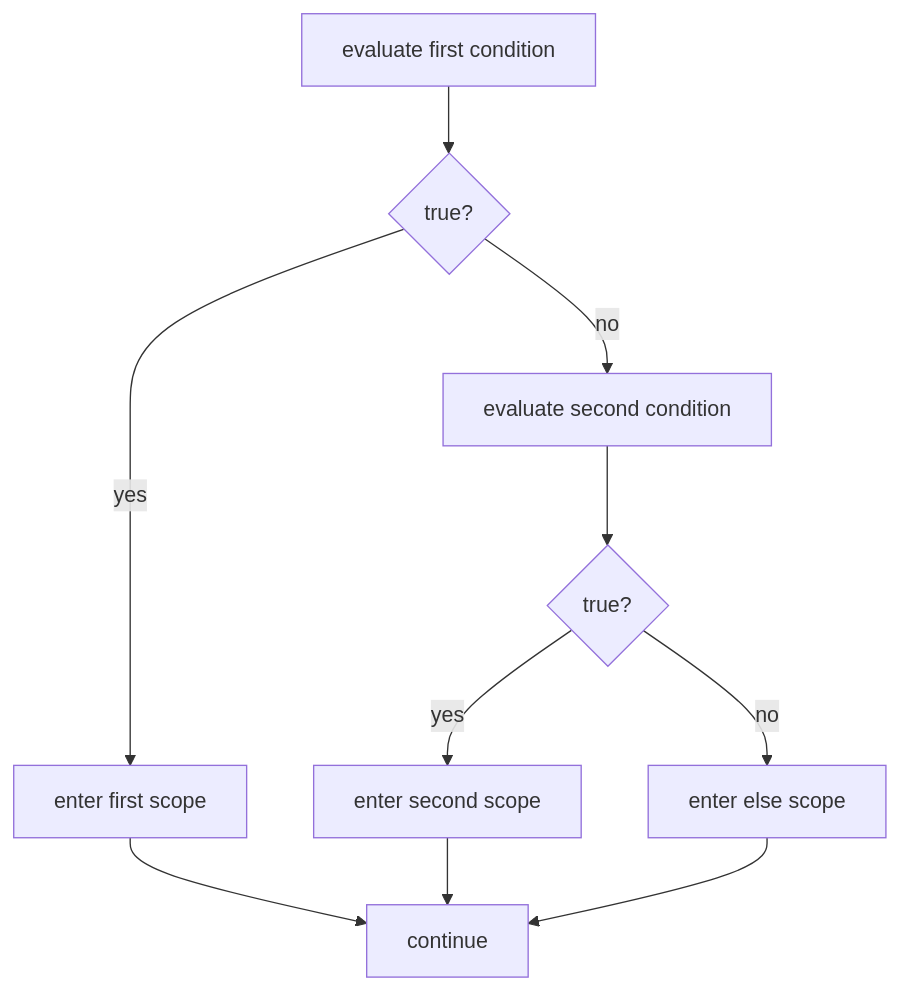
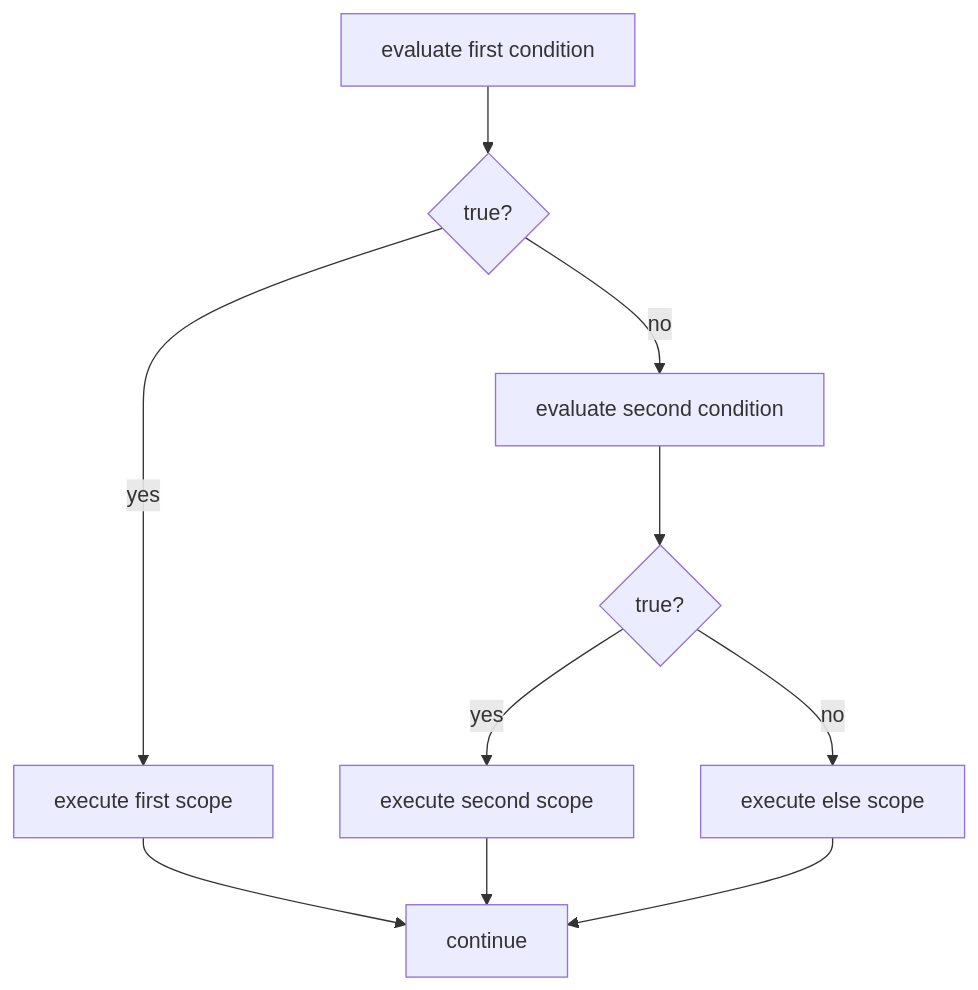
One commit to Fundamentals-of-Computer-Science/FunCS changed the third of 4 diagrams in content/ch1/ch1-3.md. Above: the diagram before and after it, drawn with Mermaid. The commit also changed other lines of this file and 2 other files, not shown here.

````diff
--- a/content/ch1/ch1-3.md
+++ b/content/ch1/ch1-3.md
@@ -524,12 +552,12 @@
 ```mermaid
 flowchart TD
     A[evaluate first condition] --> B{true?}
-    B -->|yes| C[enter first scope]
+    B -->|yes| C[execute first scope]
     B -->|no| D[evaluate second condition]
     D --> E{true?}
-    E -->|yes| F[enter second scope]
-    E -->|no| G[enter else scope]
+    E -->|yes| F[execute second scope]
+    E -->|no| G[execute else scope]
     C --> H[continue]
     F --> H
     G --> H
 ```
````
